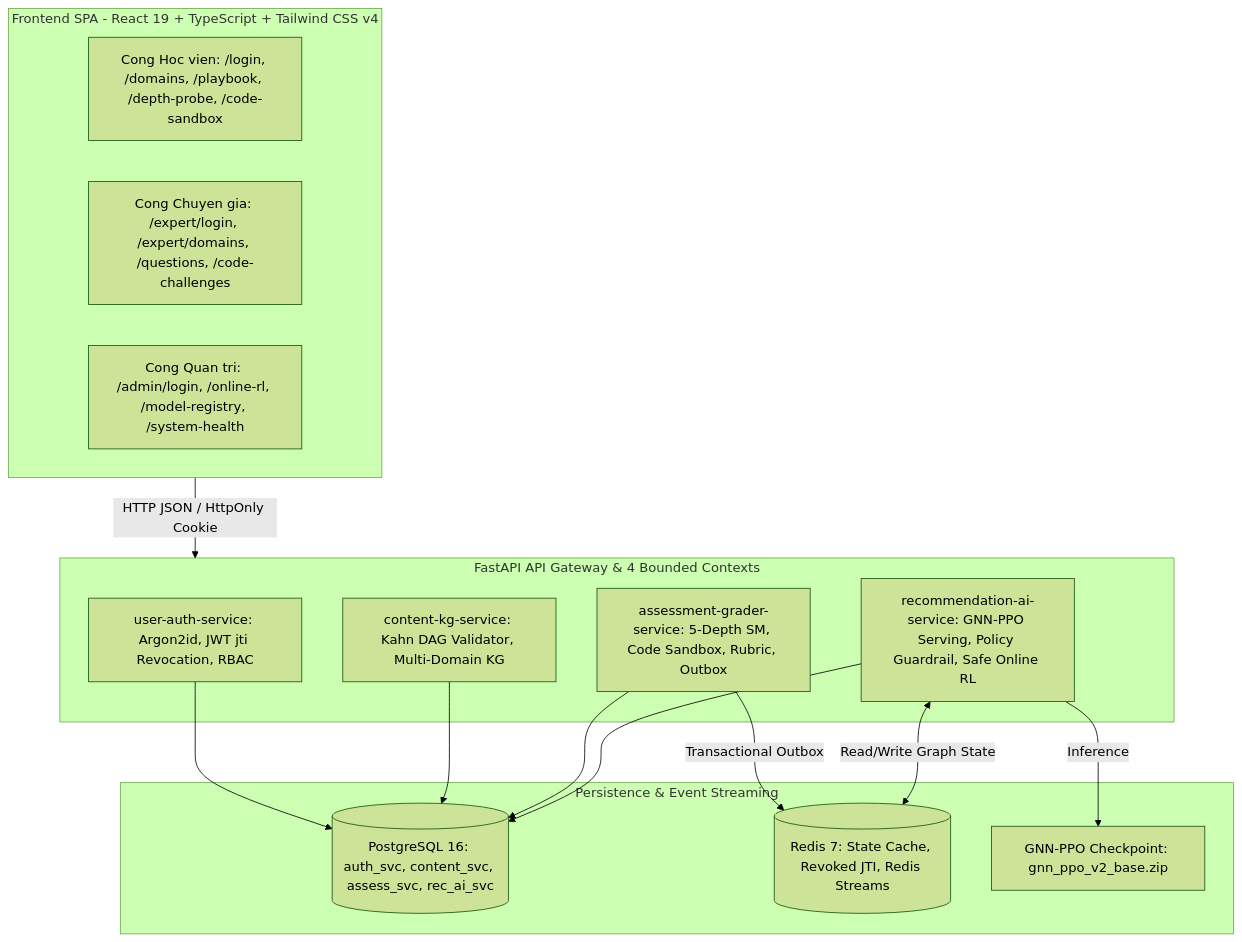
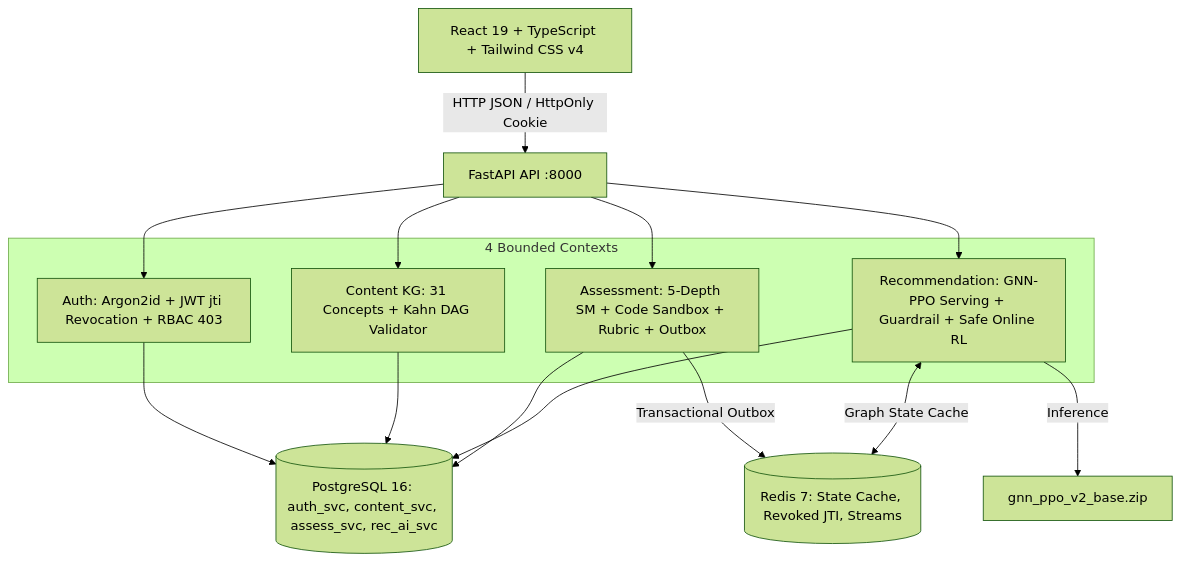
One commit to diepvanhieu25-tech/plumora changed the third of 3 diagrams in README.md. Above: the diagram before and after it, drawn with Mermaid (forest theme). The commit also changed other lines of this file and 1 other file, not shown here.

Commit message:
docs(readme): refine Plumora concept banner and business workflow diagrams

````diff
--- a/README.md
+++ b/README.md
@@ -37,27 +80,17 @@
 ```mermaid
 flowchart TD
-    subgraph Client_SPA [Frontend SPA - React 19 + TypeScript + Tailwind CSS v4]
-        L[Cong Hoc vien: /login, /domains, /playbook, /depth-probe, /code-sandbox]
-        E[Cong Chuyen gia: /expert/login, /expert/domains, /questions, /code-challenges]
-        A[Cong Quan tri: /admin/login, /online-rl, /model-registry, /system-health]
+    UI[React 19 + TypeScript + Tailwind CSS v4] -->|HTTP JSON / HttpOnly Cookie| API[FastAPI API :8000]
+
+    subgraph Bounded_Contexts [4 Bounded Contexts]
+        Auth[Auth: Argon2id + JWT jti Revocation + RBAC 403]
+        Content[Content KG: 31 Concepts + Kahn DAG Validator]
+        Assess[Assessment: 5-Depth SM + Code Sandbox + Rubric + Outbox]
+        Rec[Recommendation: GNN-PPO Serving + Guardrail + Safe Online RL]
     end
 
-    subgraph Backend_Platform [FastAPI API Gateway & 4 Bounded Contexts]
-        Auth[user-auth-service: Argon2id, JWT jti Revocation, RBAC]
-        Content[content-kg-service: Kahn DAG Validator, Multi-Domain KG]
-        Assess[assessment-grader-service: 5-Depth SM, Code Sandbox, Rubric, Outbox]
-        Rec[recommendation-ai-service: GNN-PPO Serving, Policy Guardrail, Safe Online RL]
-    end
-
-    subgraph Data_Bus [Persistence & Event Streaming]
-        PG[(PostgreSQL 16: auth_svc, content_svc, assess_svc, rec_ai_svc)]
-        RD[(Redis 7: State Cache, Revoked JTI, Redis Streams)]
-        CKPT[GNN-PPO Checkpoint: gnn_ppo_v2_base.zip]
-    end
-
-    Client_SPA -->|HTTP JSON / HttpOnly Cookie| Backend_Platform
-    Auth & Content & Assess & Rec --> PG
-    Assess -->|Transactional Outbox| RD
-    Rec <-->|Read/Write Graph State| RD
-    Rec -->|Inference| CKPT
+    API --> Auth & Content & Assess & Rec
+    Auth & Content & Assess & Rec --> PG[(PostgreSQL 16: auth_svc, content_svc, assess_svc, rec_ai_svc)]
+    Assess -->|Transactional Outbox| RD[(Redis 7: State Cache, Revoked JTI, Streams)]
+    Rec <-->|Graph State Cache| RD
+    Rec -->|Inference| CKPT[gnn_ppo_v2_base.zip]
 ```
````
